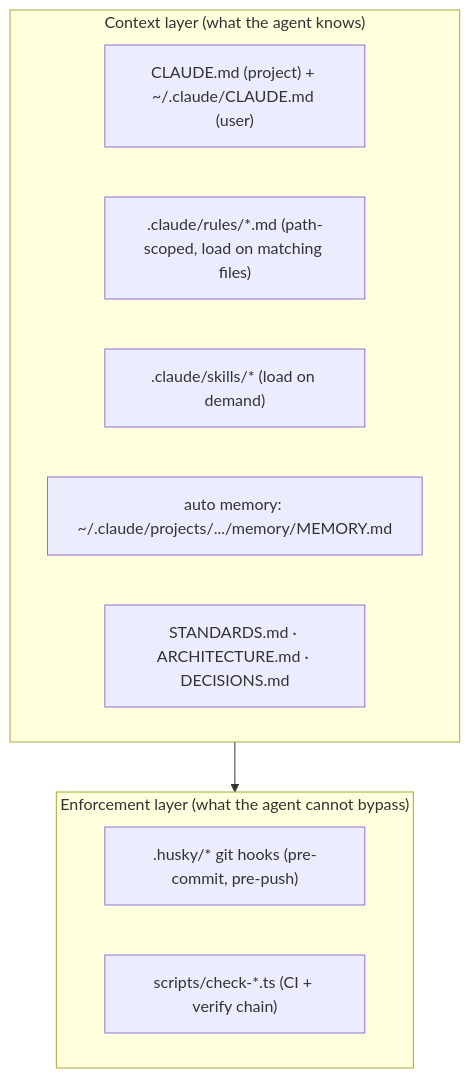
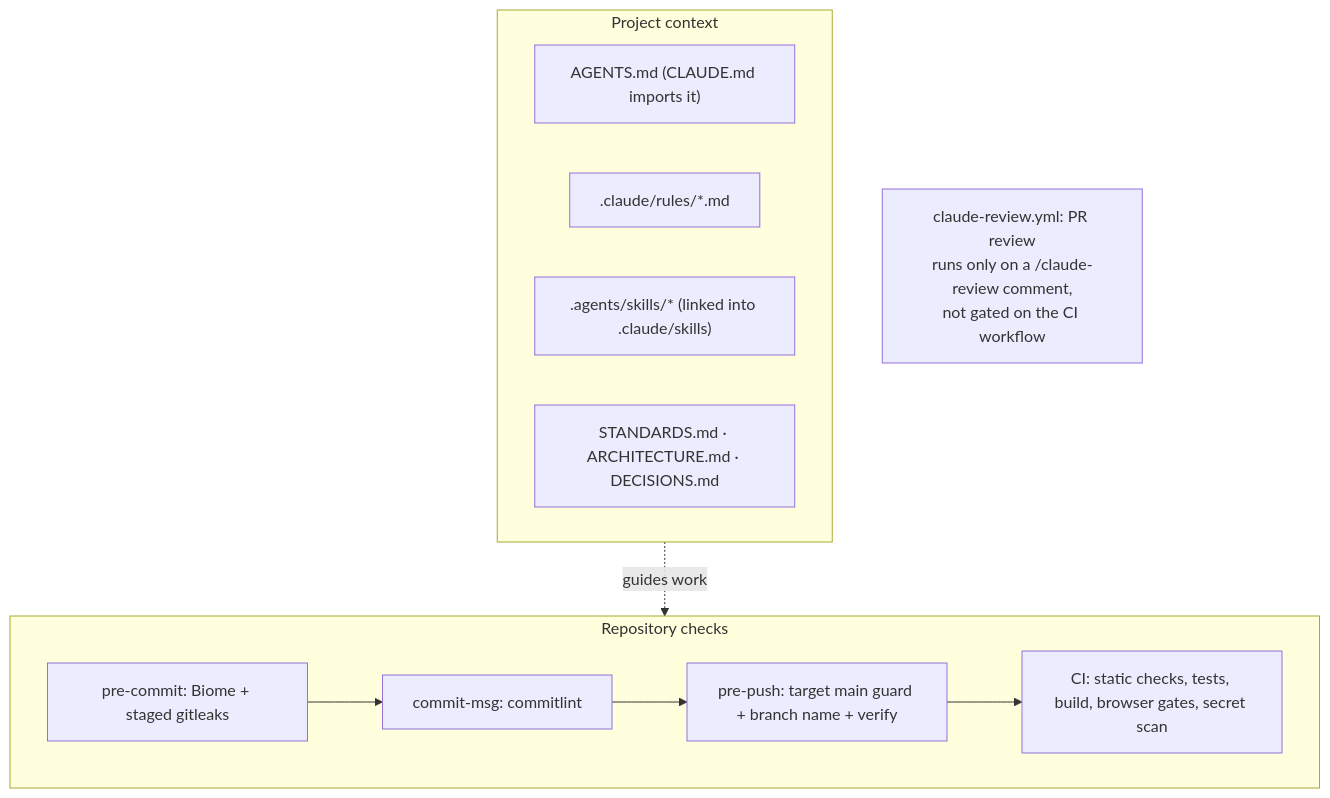
Before and after one commit to erikunha/portfolio: the diagram in docs/06-ai-development.md, drawn with Mermaid. The commit also changed other lines of this file and 1307 other files, not shown here.

````diff
--- a/docs/06-ai-development.md
+++ b/docs/06-ai-development.md
@@ -7,15 +7,19 @@
 ```mermaid
 flowchart TB
-    subgraph ctx["Context layer (what the agent knows)"]
-        cl["CLAUDE.md (project) + ~/.claude/CLAUDE.md (user)"]
-        rules[".claude/rules/*.md (path-scoped, load on matching files)"]
-        skills[".claude/skills/* (load on demand)"]
-        mem["auto memory: ~/.claude/projects/.../memory/MEMORY.md"]
+    subgraph ctx["Project context"]
+        cl["AGENTS.md (CLAUDE.md imports it)"]
+        rules[".claude/rules/*.md"]
+        skills[".agents/skills/* (linked into .claude/skills)"]
         docs["STANDARDS.md · ARCHITECTURE.md · DECISIONS.md"]
     end
-    subgraph enf["Enforcement layer (what the agent cannot bypass)"]
-        husky[".husky/* git hooks (pre-commit, pre-push)"]
-        gates["scripts/check-*.ts (CI + verify chain)"]
+    subgraph checks["Repository checks"]
+        commit["pre-commit: Biome + staged gitleaks"]
+        msg["commit-msg: commitlint"]
+        push["pre-push: target main guard + branch name + verify"]
+        ci["CI: static checks, tests, build, browser gates, secret scan"]
     end
-    ctx --> enf
+    ctx -. guides work .-> checks
+    commit --> msg
+    msg --> push --> ci
+    review["claude-review.yml: PR review<br/>runs only on a /claude-review comment,<br/>not gated on the CI workflow"]
 ```
````
